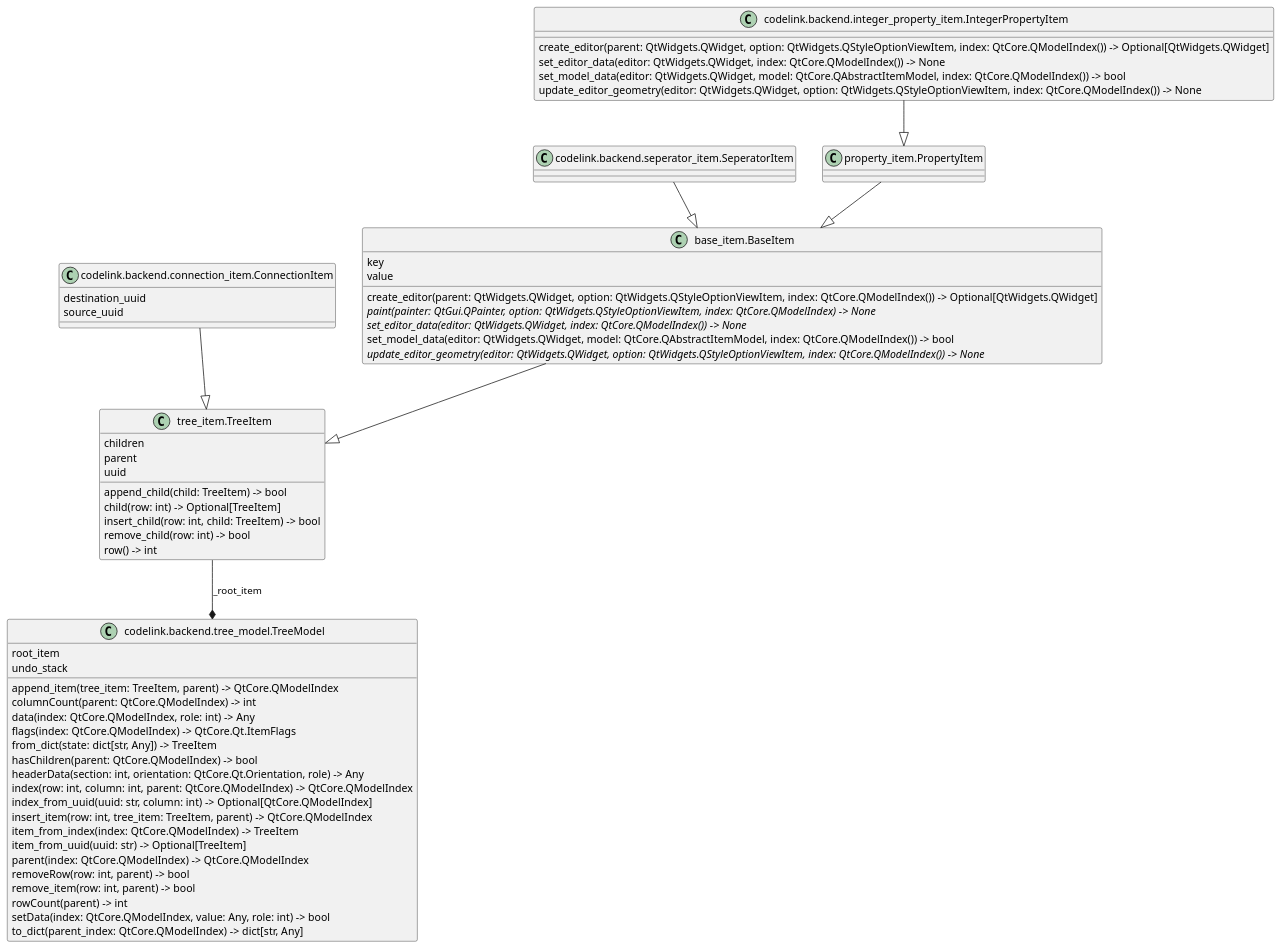
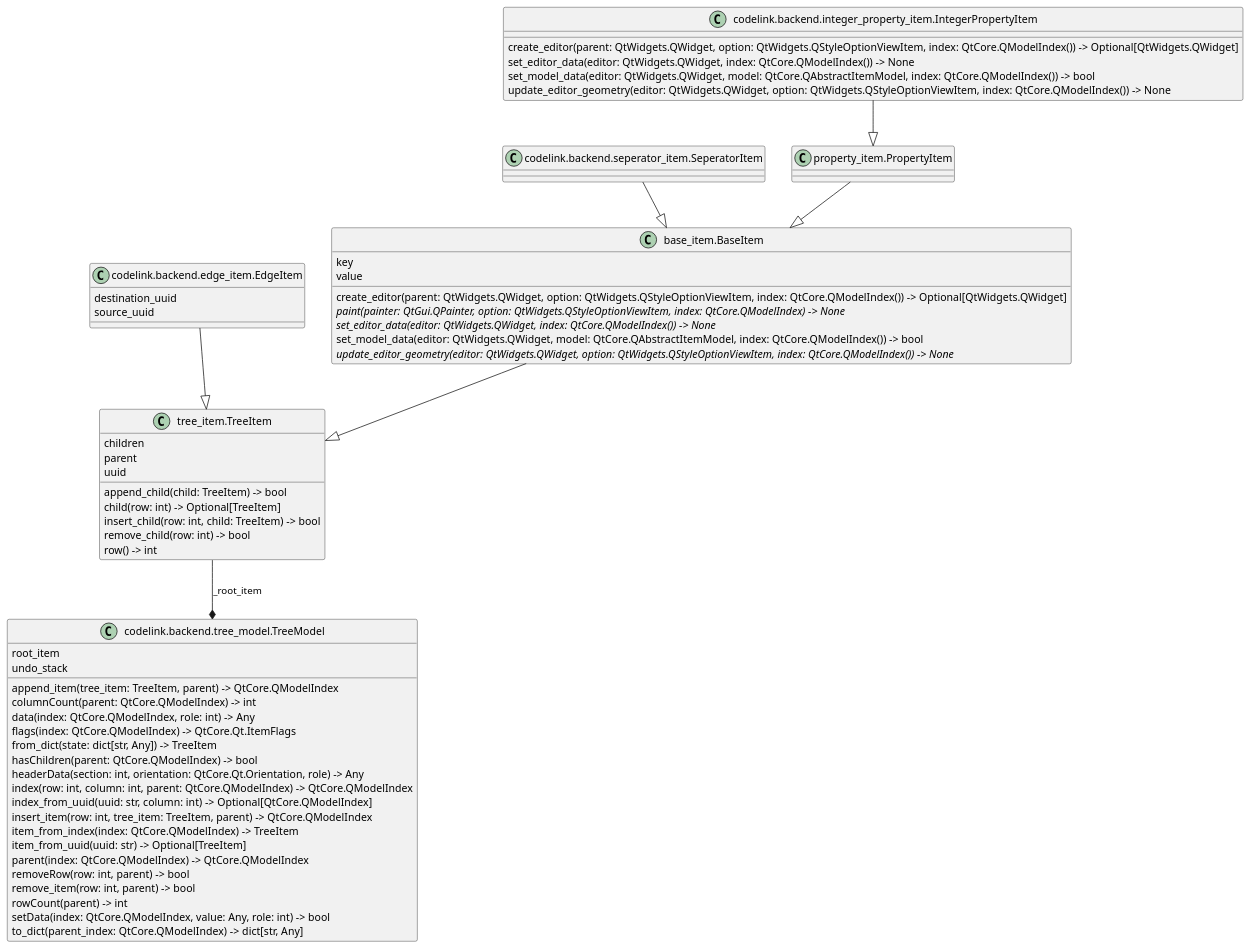
The diagram in src/codelink/backend/classes.puml (j8sr0230/codelink), drawn with PlantUML before and after one commit. The commit also changed 4 other files, not shown here.

```diff
--- a/src/codelink/backend/classes.puml
+++ b/src/codelink/backend/classes.puml
@@ -1,64 +1,64 @@
 @startuml classes
 set namespaceSeparator none
 class "base_item.BaseItem" as base_item.BaseItem {
   key
   value
   create_editor(parent: QtWidgets.QWidget, option: QtWidgets.QStyleOptionViewItem, index: QtCore.QModelIndex()) -> Optional[QtWidgets.QWidget]
   {abstract}paint(painter: QtGui.QPainter, option: QtWidgets.QStyleOptionViewItem, index: QtCore.QModelIndex) -> None
   {abstract}set_editor_data(editor: QtWidgets.QWidget, index: QtCore.QModelIndex()) -> None
   set_model_data(editor: QtWidgets.QWidget, model: QtCore.QAbstractItemModel, index: QtCore.QModelIndex()) -> bool
   {abstract}update_editor_geometry(editor: QtWidgets.QWidget, option: QtWidgets.QStyleOptionViewItem, index: QtCore.QModelIndex()) -> None
 }
-class "codelink.backend.connection_item.ConnectionItem" as codelink.backend.connection_item.ConnectionItem {
+class "codelink.backend.edge_item.EdgeItem" as codelink.backend.edge_item.EdgeItem {
   destination_uuid
   source_uuid
 }
 class "codelink.backend.integer_property_item.IntegerPropertyItem" as codelink.backend.integer_property_item.IntegerPropertyItem {
   create_editor(parent: QtWidgets.QWidget, option: QtWidgets.QStyleOptionViewItem, index: QtCore.QModelIndex()) -> Optional[QtWidgets.QWidget]
   set_editor_data(editor: QtWidgets.QWidget, index: QtCore.QModelIndex()) -> None
   set_model_data(editor: QtWidgets.QWidget, model: QtCore.QAbstractItemModel, index: QtCore.QModelIndex()) -> bool
   update_editor_geometry(editor: QtWidgets.QWidget, option: QtWidgets.QStyleOptionViewItem, index: QtCore.QModelIndex()) -> None
 }
 class "codelink.backend.seperator_item.SeperatorItem" as codelink.backend.seperator_item.SeperatorItem {
 }
 class "codelink.backend.tree_model.TreeModel" as codelink.backend.tree_model.TreeModel {
   root_item
   undo_stack
   append_item(tree_item: TreeItem, parent) -> QtCore.QModelIndex
   columnCount(parent: QtCore.QModelIndex) -> int
   data(index: QtCore.QModelIndex, role: int) -> Any
   flags(index: QtCore.QModelIndex) -> QtCore.Qt.ItemFlags
   from_dict(state: dict[str, Any]) -> TreeItem
   hasChildren(parent: QtCore.QModelIndex) -> bool
   headerData(section: int, orientation: QtCore.Qt.Orientation, role) -> Any
   index(row: int, column: int, parent: QtCore.QModelIndex) -> QtCore.QModelIndex
   index_from_uuid(uuid: str, column: int) -> Optional[QtCore.QModelIndex]
   insert_item(row: int, tree_item: TreeItem, parent) -> QtCore.QModelIndex
   item_from_index(index: QtCore.QModelIndex) -> TreeItem
   item_from_uuid(uuid: str) -> Optional[TreeItem]
   parent(index: QtCore.QModelIndex) -> QtCore.QModelIndex
   removeRow(row: int, parent) -> bool
   remove_item(row: int, parent) -> bool
   rowCount(parent) -> int
   setData(index: QtCore.QModelIndex, value: Any, role: int) -> bool
   to_dict(parent_index: QtCore.QModelIndex) -> dict[str, Any]
 }
 class "property_item.PropertyItem" as property_item.PropertyItem {
 }
 class "tree_item.TreeItem" as tree_item.TreeItem {
   children
   parent
   uuid
   append_child(child: TreeItem) -> bool
   child(row: int) -> Optional[TreeItem]
   insert_child(row: int, child: TreeItem) -> bool
   remove_child(row: int) -> bool
   row() -> int
 }
 base_item.BaseItem --|> tree_item.TreeItem
-codelink.backend.connection_item.ConnectionItem --|> tree_item.TreeItem
+codelink.backend.edge_item.EdgeItem --|> tree_item.TreeItem
 codelink.backend.integer_property_item.IntegerPropertyItem --|> property_item.PropertyItem
 codelink.backend.seperator_item.SeperatorItem --|> base_item.BaseItem
 property_item.PropertyItem --|> base_item.BaseItem
 tree_item.TreeItem --* codelink.backend.tree_model.TreeModel : _root_item
 @enduml
```
